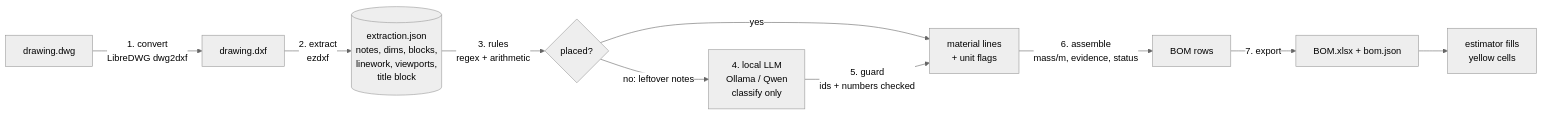
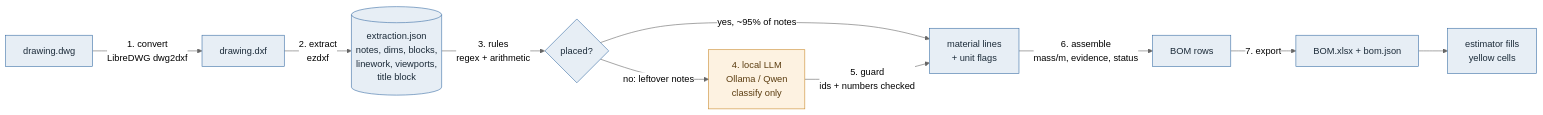
One commit to rupivbluegreen/dwg-bom changed the diagram in README.md. Above: the diagram before and after it, drawn with Mermaid (neutral theme). The commit also changed other lines of this file and 1 other file, not shown here.

Commit message:
Add a block diagram showing where AI is (and isn't) used
New "Where the AI is - and isn't" section on the docs page, and a
color-coded classDef on the README's mermaid diagram: only stage 4
(local LLM) touches a model, and only for notes stages 1-3 couldn't
already classify deterministically.

````diff
--- a/README.md
+++ b/README.md
@@ -14,12 +14,17 @@
 ```mermaid
 flowchart LR
     A[drawing.dwg] -->|1. convert\nLibreDWG dwg2dxf| B[drawing.dxf]
     B -->|2. extract\nezdxf| C[(extraction.json\nnotes, dims, blocks,\nlinework, viewports,\ntitle block)]
     C -->|3. rules\nregex + arithmetic| D{placed?}
-    D -->|yes| F[material lines\n+ unit flags]
+    D -->|yes, ~95% of notes| F[material lines\n+ unit flags]
     D -->|no: leftover notes| E[4. local LLM\nOllama / Qwen\nclassify only]
     E -->|5. guard\nids + numbers checked| F
     F -->|6. assemble\nmass/m, evidence, status| G[BOM rows]
     G -->|7. export| H[BOM.xlsx + bom.json]
     H --> I[estimator fills\nyellow cells]
+
+    classDef ai fill:#FDF2E1,stroke:#C98A2B,color:#5b3d10;
+    classDef safe fill:#E7EEF5,stroke:#3A6EA5,color:#1C2B39;
+    class E ai;
+    class A,B,C,D,F,G,H,I safe;
 ```
````
